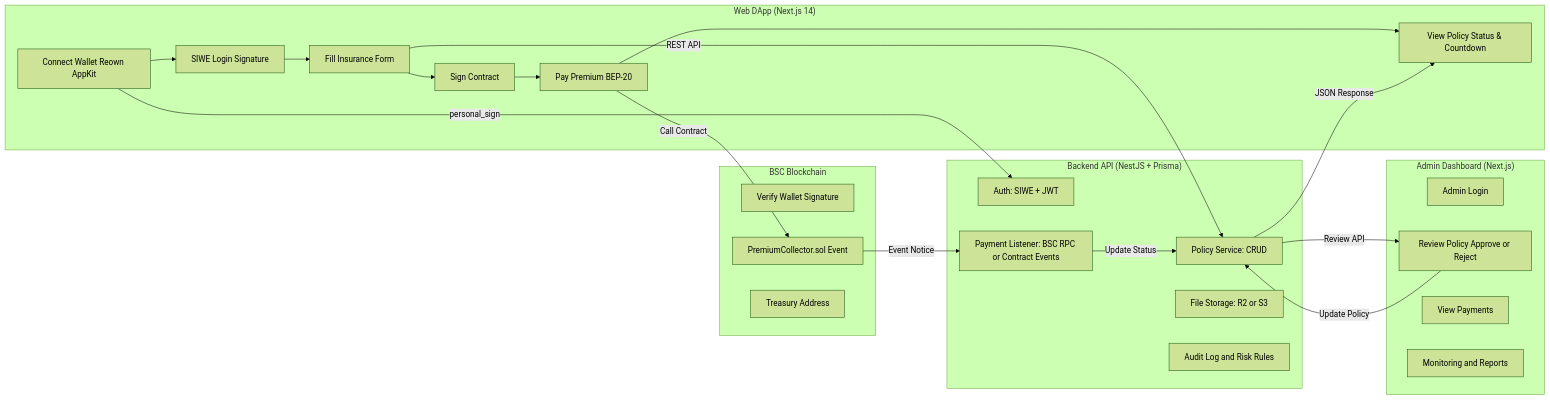
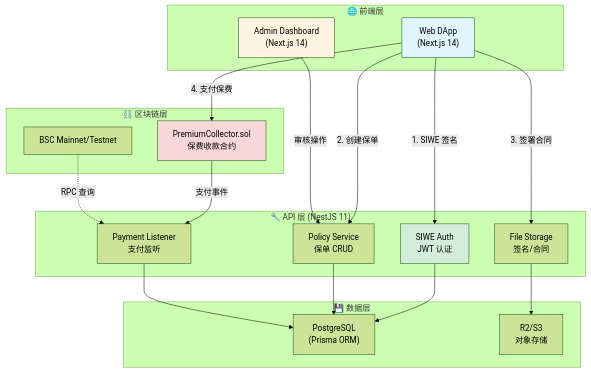
One commit to samztz/cohe-capitl-monorepo changed the diagram in README.md. Above: the diagram before and after it, drawn with Mermaid (forest theme). The commit also changed other lines of this file and 55 other files, not shown here.

````diff
--- a/README.md
+++ b/README.md
@@ -27,38 +62,43 @@
 ```mermaid
-flowchart LR
-  subgraph UserApp["Web DApp (Next.js 14)"]
-    A1[Connect Wallet Reown AppKit]
-    A2[SIWE Login Signature]
-    A3[Fill Insurance Form]
-    A4[Sign Contract]
-    A5[Pay Premium BEP-20]
-    A6[View Policy Status & Countdown]
-    A1 --> A2 --> A3 --> A4 --> A5 --> A6
-  end
-  subgraph API["Backend API (NestJS + Prisma)"]
-    B1[Auth: SIWE + JWT]
-    B2[Policy Service: CRUD]
-    B3[Payment Listener: BSC RPC or Contract Events]
-    B4[File Storage: R2 or S3]
-    B5[Audit Log and Risk Rules]
-  end
-  subgraph Admin["Admin Dashboard (Next.js)"]
-    C1[Admin Login]
-    C2[Review Policy Approve or Reject]
-    C3[View Payments]
-    C4[Monitoring and Reports]
-  end
-  subgraph Chain["BSC Blockchain"]
-    D1[Verify Wallet Signature]
-    D2[PremiumCollector.sol Event]
-    D3[Treasury Address]
-  end
-    A1-- personal_sign -->B1
-    A3-- REST API -->B2
-    A5-- Call Contract -->D2
-    D2-- Event Notice -->B3
-    B3-- Update Status -->B2
-    B2-- Review API -->C2
-    C2-- Update Policy -->B2
-    B2-- JSON Response -->A6
+flowchart TB
+    subgraph Client["🌐 前端层"]
+        Web["Web DApp<br/>(Next.js 14)"]
+        Admin["Admin Dashboard<br/>(Next.js 14)"]
+    end
+
+    subgraph API["🔧 API 层 (NestJS 11)"]
+        Auth["SIWE Auth<br/>JWT 认证"]
+        Policy["Policy Service<br/>保单 CRUD"]
+        Payment["Payment Listener<br/>支付监听"]
+        Storage["File Storage<br/>签名/合同"]
+    end
+
+    subgraph Data["💾 数据层"]
+        DB["PostgreSQL<br/>(Prisma ORM)"]
+        S3["R2/S3<br/>对象存储"]
+    end
+
+    subgraph Chain["⛓️ 区块链层"]
+        BSC["BSC Mainnet/Testnet"]
+        Contract["PremiumCollector.sol<br/>保费收款合约"]
+    end
+
+    Web -->|"1. SIWE 签名"| Auth
+    Web -->|"2. 创建保单"| Policy
+    Web -->|"3. 签署合同"| Storage
+    Web -->|"4. 支付保费"| Contract
+    Admin -->|"审核操作"| Policy
+
+    Auth --> DB
+    Policy --> DB
+    Payment --> DB
+    Storage --> S3
+
+    Contract -->|"支付事件"| Payment
+    BSC -.->|"RPC 查询"| Payment
+
+    style Web fill:#e1f5ff
+    style Admin fill:#fff4e1
+    style Auth fill:#d4edda
+    style Contract fill:#f8d7da
 ```
````
